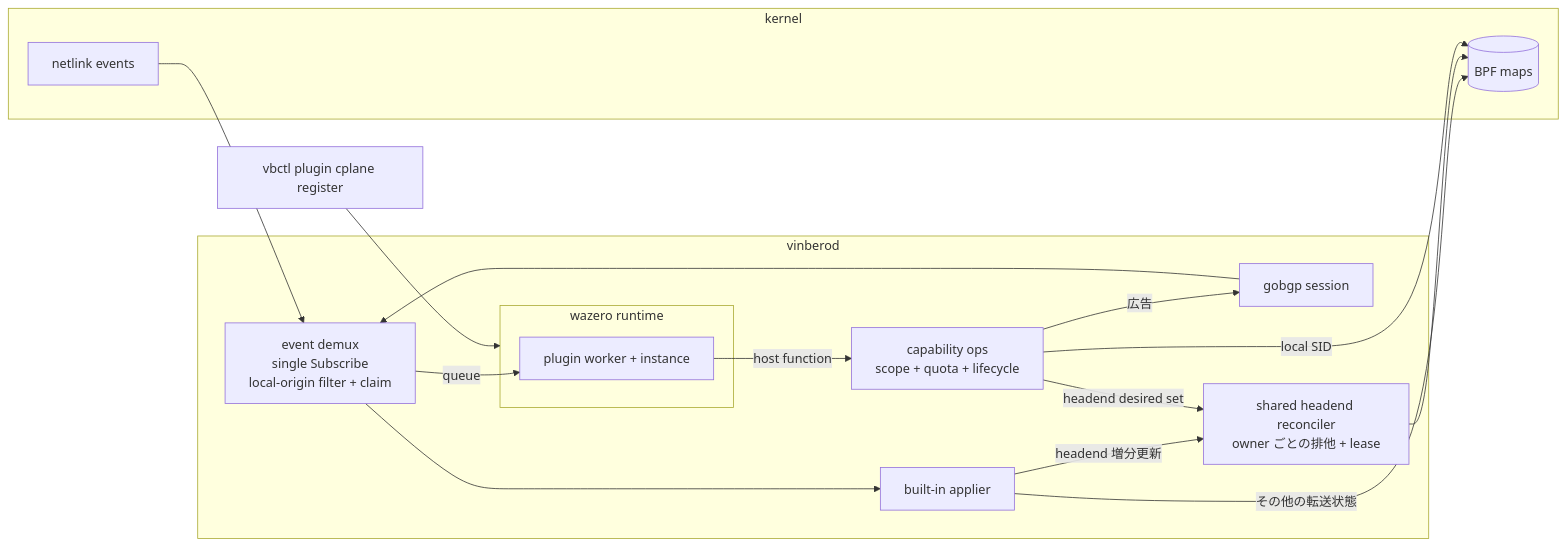
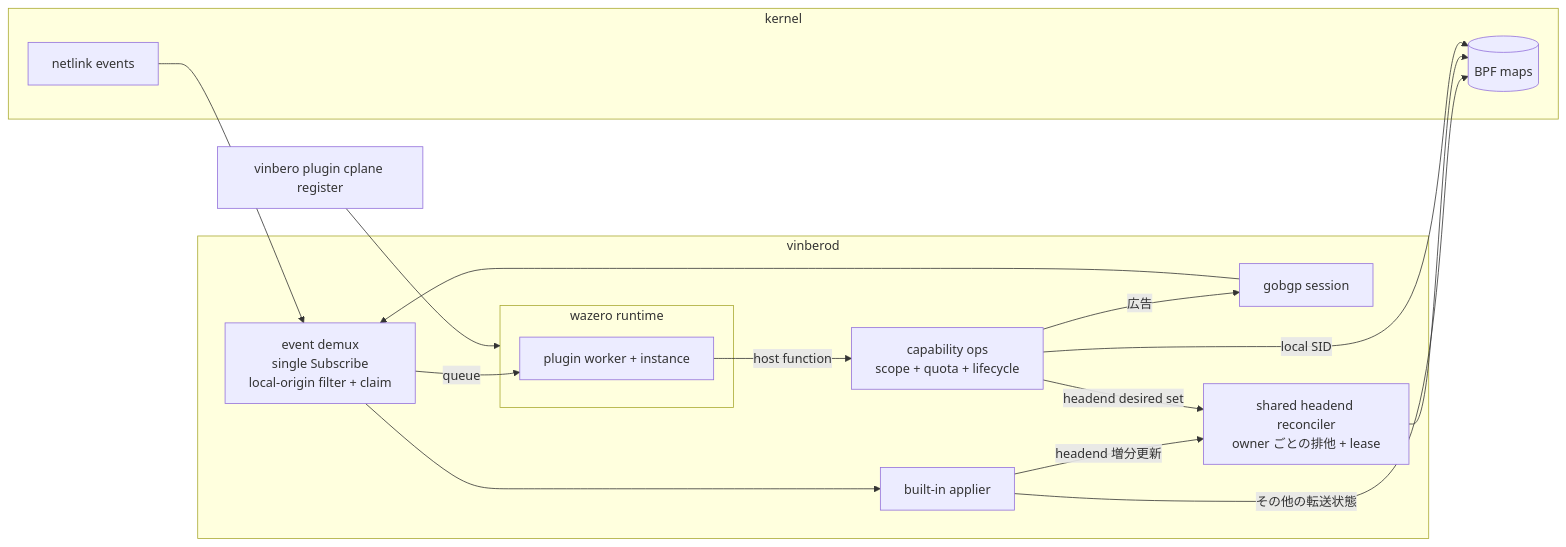
The second of 4 diagrams in docs/design/ja/cplane-plugin.md (takehaya/Vinbero), drawn with Mermaid before and after one commit. The commit also changed other lines of this file and 3 other files, not shown here.

````diff
--- a/docs/design/ja/cplane-plugin.md
+++ b/docs/design/ja/cplane-plugin.md
@@ -68,31 +68,31 @@
 ```mermaid
 flowchart LR
     subgraph kernel
         MAPS[(BPF maps)]
         NL[netlink events]
     end
 
     subgraph vinberod
         GOBGP[gobgp session]
         DEMUX[event demux<br>single Subscribe<br>local-origin filter + claim]
         APPLIER[built-in applier]
         OPS[capability ops<br>scope + quota + lifecycle]
         HEADEND[shared headend reconciler<br>owner ごとの排他 + lease]
         subgraph RT[wazero runtime]
             W1[plugin worker + instance]
         end
         GOBGP --> DEMUX
         NL --> DEMUX
         DEMUX --> APPLIER
         DEMUX -->|queue| W1
         APPLIER -->|headend 増分更新| HEADEND
         APPLIER -->|その他の転送状態| MAPS
         W1 -->|host function| OPS
         OPS -->|headend desired set| HEADEND
         HEADEND --> MAPS
         OPS -->|local SID| MAPS
         OPS -->|広告| GOBGP
     end
 
-    CLI[vbctl plugin cplane register] --> RT
+    CLI[vinbero plugin cplane register] --> RT
 ```
````
